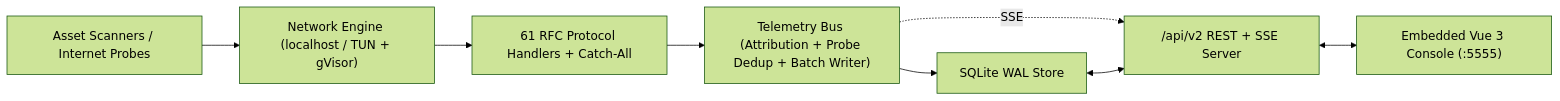
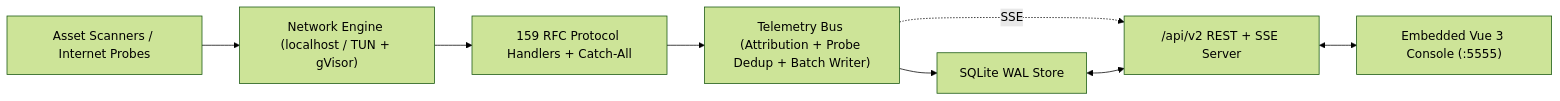
One commit to dx86683-lab/protosim changed the diagram in README.md. Above: the diagram before and after it, drawn with Mermaid (forest theme). The commit also changed other lines of this file and 9 other files, not shown here.

````diff
--- a/README.md
+++ b/README.md
@@ -27,9 +27,9 @@
 ```mermaid
 flowchart LR
     Scanners["Asset Scanners / Internet Probes"] --> Net["Network Engine (localhost / TUN + gVisor)"]
-    Net --> Proto["61 RFC Protocol Handlers + Catch-All"]
+    Net --> Proto["159 RFC Protocol Handlers + Catch-All"]
     Proto --> Bus["Telemetry Bus (Attribution + Probe Dedup + Batch Writer)"]
     Bus --> DB["SQLite WAL Store"]
     Bus -.SSE.-> API["/api/v2 REST + SSE Server"]
     DB <--> API <--> UI["Embedded Vue 3 Console (:5555)"]
 ```
````
